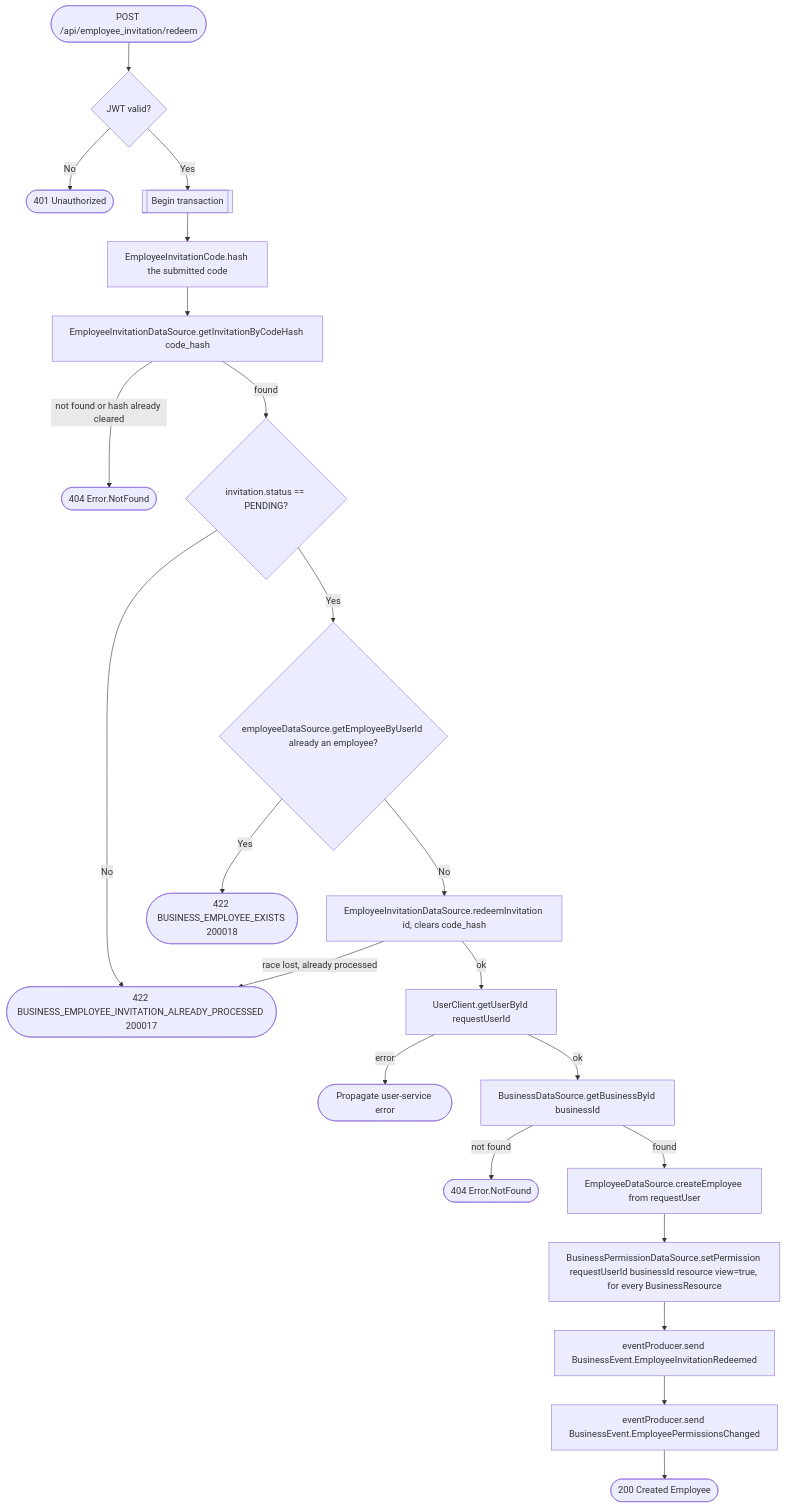
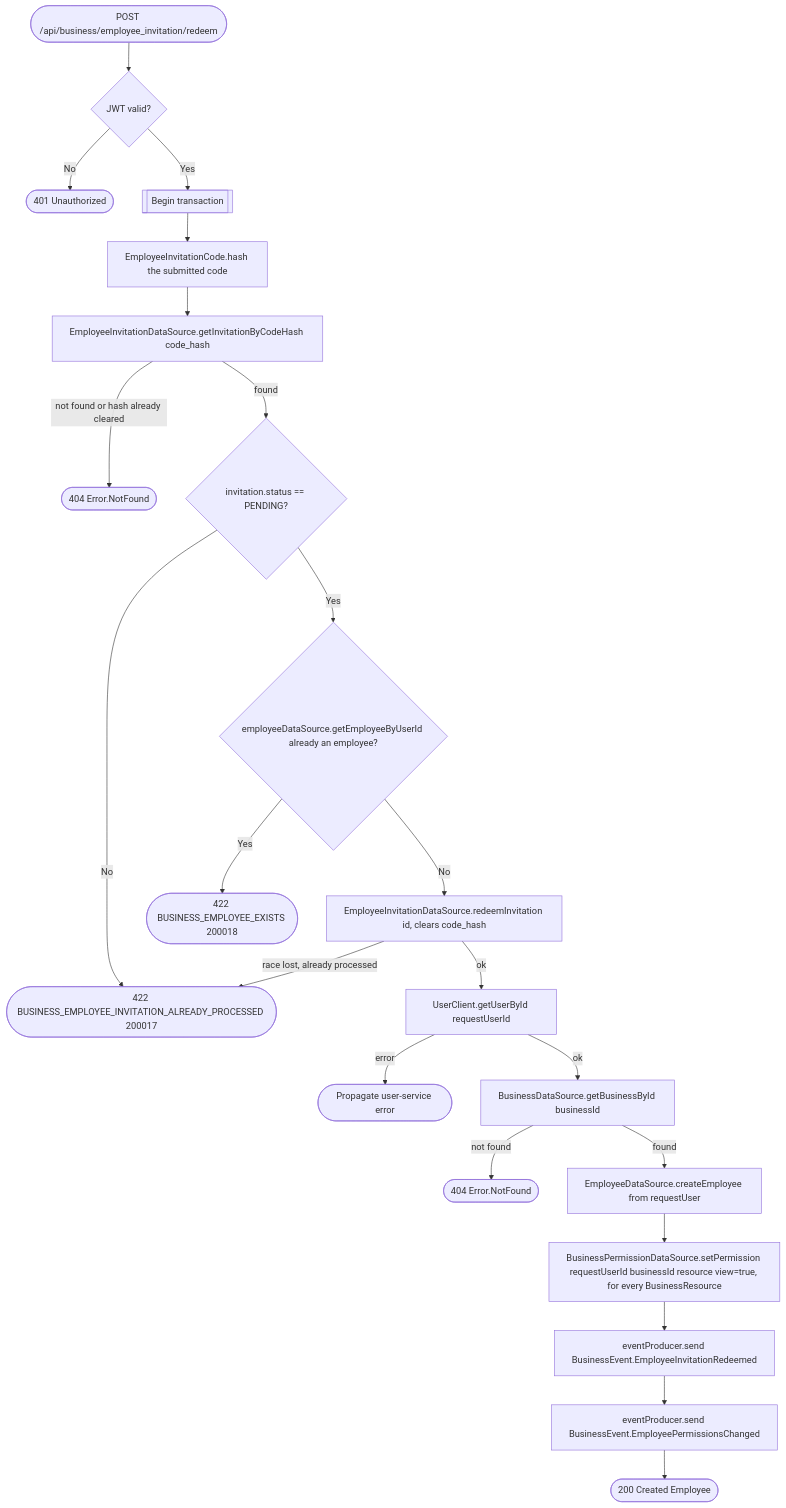
One commit to an22/bookk.me-backend changed the diagram in docs/operations/business/join-business.md. Above: the diagram before and after it, drawn with Mermaid. The commit also changed other lines of this file and 16 other files, not shown here.

````diff
--- a/docs/operations/business/join-business.md
+++ b/docs/operations/business/join-business.md
@@ -26,24 +26,24 @@
 ```mermaid
 flowchart TD
-    Start([POST /api/employee_invitation/redeem]) --> Auth{JWT valid?}
+    Start([POST /api/business/employee_invitation/redeem]) --> Auth{JWT valid?}
     Auth -- No --> R401([401 Unauthorized])
     Auth -- Yes --> Tx[[Begin transaction]]
     Tx --> HashCode[EmployeeInvitationCode.hash the submitted code]
     HashCode --> GetInvite[EmployeeInvitationDataSource.getInvitationByCodeHash code_hash]
     GetInvite -- not found or hash already cleared --> R404a([404 Error.NotFound])
     GetInvite -- found --> Status{invitation.status == PENDING?}
     Status -- No --> R422a([422 BUSINESS_EMPLOYEE_INVITATION_ALREADY_PROCESSED 200017])
     Status -- Yes --> AlreadyEmployee{employeeDataSource.getEmployeeByUserId already an employee?}
     AlreadyEmployee -- Yes --> R422b([422 BUSINESS_EMPLOYEE_EXISTS 200018])
     AlreadyEmployee -- No --> Redeem[EmployeeInvitationDataSource.redeemInvitation id, clears code_hash]
     Redeem -- race lost, already processed --> R422a
     Redeem -- ok --> GetUser[UserClient.getUserById requestUserId]
     GetUser -- error --> RErr([Propagate user-service error])
     GetUser -- ok --> GetBiz[BusinessDataSource.getBusinessById businessId]
     GetBiz -- not found --> R404b([404 Error.NotFound])
     GetBiz -- found --> CreateEmployee[EmployeeDataSource.createEmployee from requestUser]
     CreateEmployee --> SetPerm[BusinessPermissionDataSource.setPermission requestUserId businessId resource view=true, for every BusinessResource]
     SetPerm --> Event[eventProducer.send BusinessEvent.EmployeeInvitationRedeemed]
     Event --> PermEvent[eventProducer.send BusinessEvent.EmployeePermissionsChanged]
     PermEvent --> R200([200 Created Employee])
 ```
````
